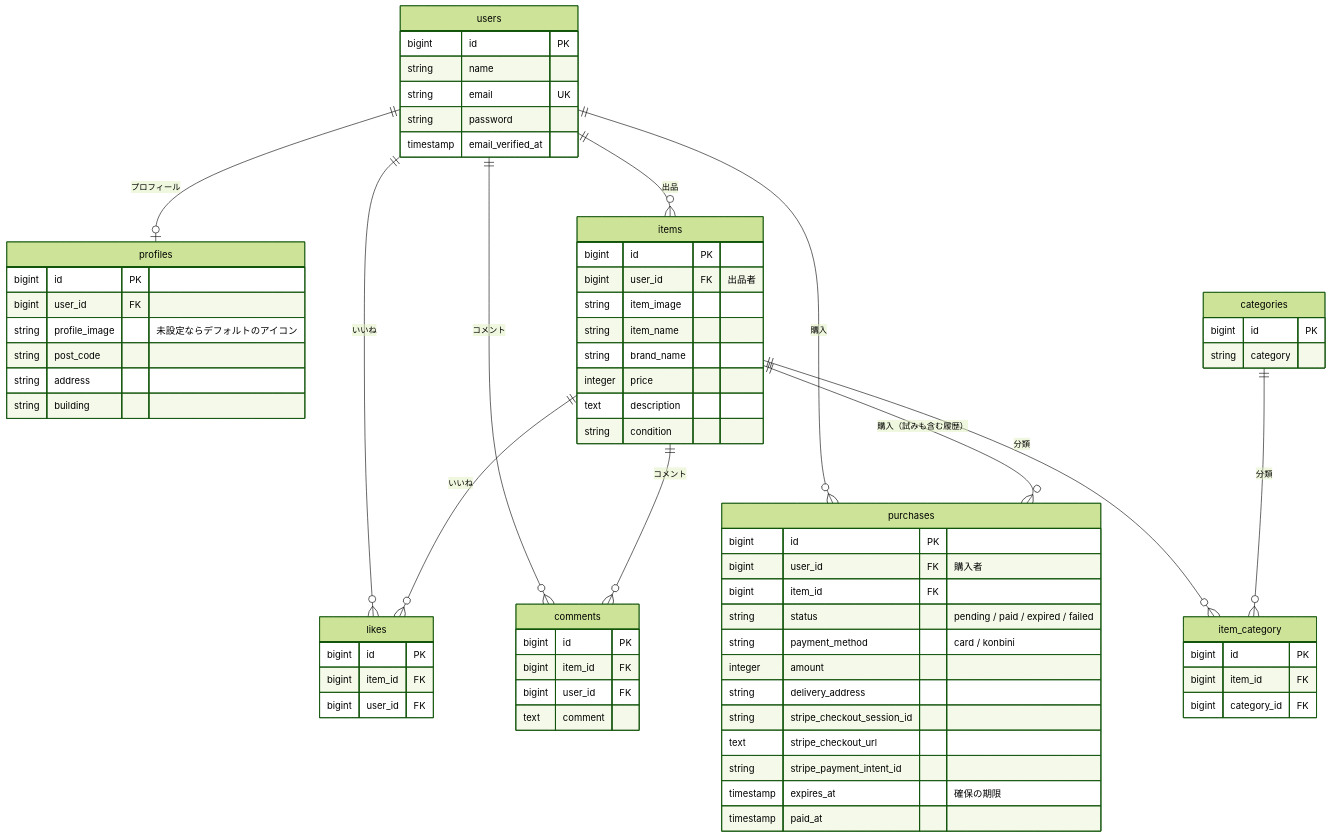
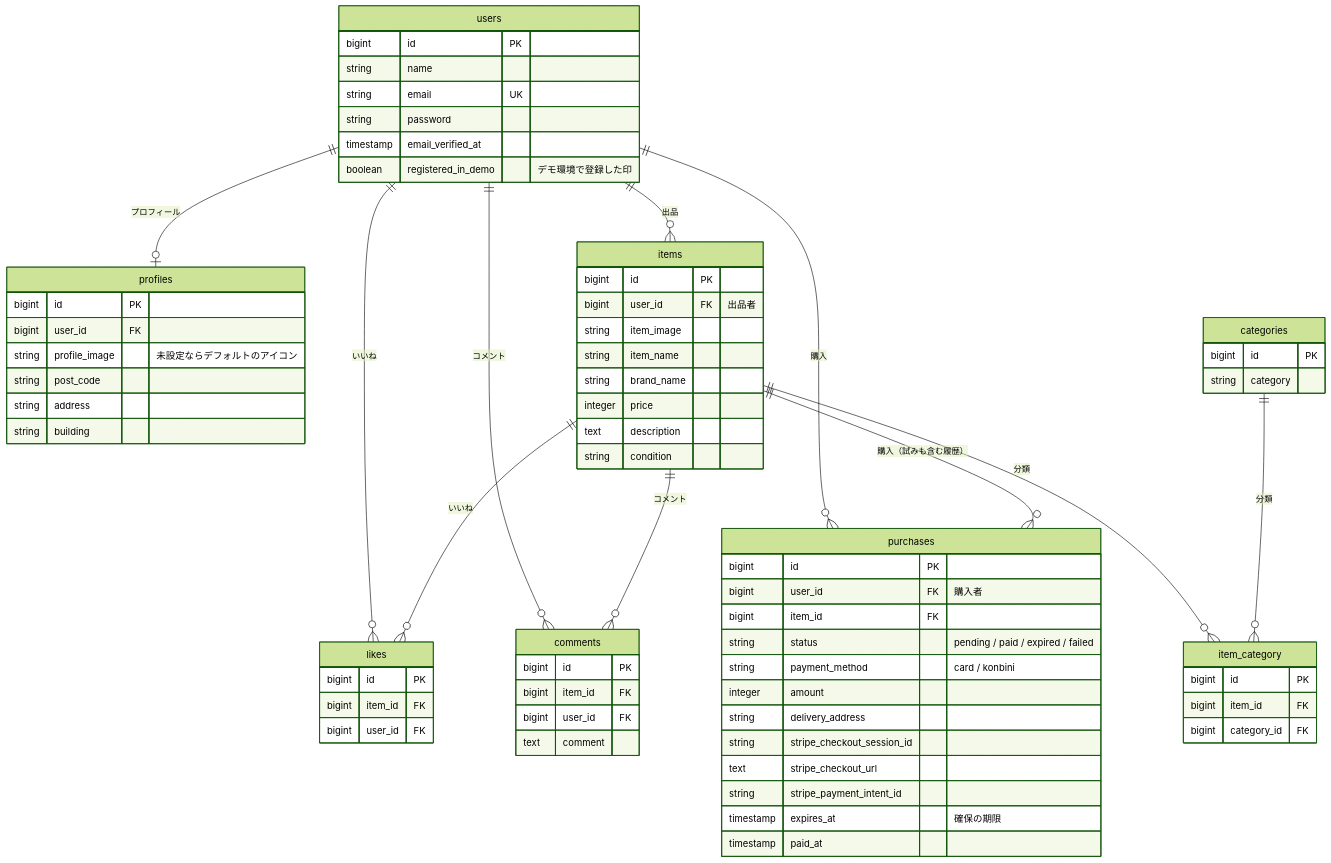
One commit to oxnut134/frea-market changed the third of 3 diagrams in README.md. Above: the diagram before and after it, drawn with Mermaid (forest theme). The commit also changed other lines of this file and 1 other file, not shown here.

````diff
--- a/README.md
+++ b/README.md
@@ -121,73 +264,74 @@
 ```mermaid
 erDiagram
     users ||--o| profiles : "プロフィール"
     users ||--o{ items : "出品"
     users ||--o{ likes : "いいね"
     users ||--o{ comments : "コメント"
     users ||--o{ purchases : "購入"
     items ||--o{ likes : "いいね"
     items ||--o{ comments : "コメント"
     items ||--o{ purchases : "購入（試みも含む履歴）"
     items ||--o{ item_category : "分類"
     categories ||--o{ item_category : "分類"
 
     users {
         bigint id PK
         string name
         string email UK
         string password
         timestamp email_verified_at
+        boolean registered_in_demo "デモ環境で登録した印"
     }
     profiles {
         bigint id PK
         bigint user_id FK
         string profile_image "未設定ならデフォルトのアイコン"
         string post_code
         string address
         string building
     }
     items {
         bigint id PK
         bigint user_id FK "出品者"
         string item_image
         string item_name
         string brand_name
         integer price
         text description
         string condition
     }
     categories {
         bigint id PK
         string category
     }
     item_category {
         bigint id PK
         bigint item_id FK
         bigint category_id FK
     }
     likes {
         bigint id PK
         bigint item_id FK
         bigint user_id FK
     }
     comments {
         bigint id PK
         bigint item_id FK
         bigint user_id FK
         text comment
     }
     purchases {
         bigint id PK
         bigint user_id FK "購入者"
         bigint item_id FK
         string status "pending / paid / expired / failed"
         string payment_method "card / konbini"
         integer amount
         string delivery_address
         string stripe_checkout_session_id
         text stripe_checkout_url
         string stripe_payment_intent_id
         timestamp expires_at "確保の期限"
         timestamp paid_at
     }
 ```
````
